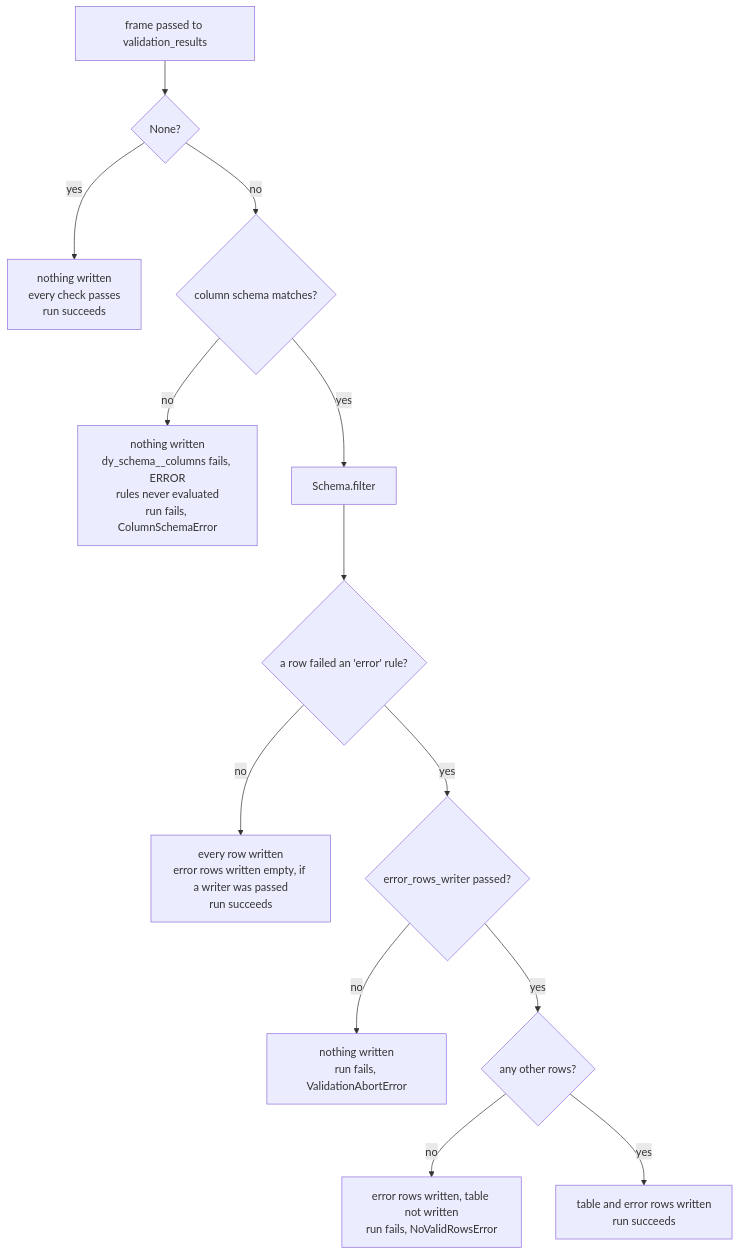
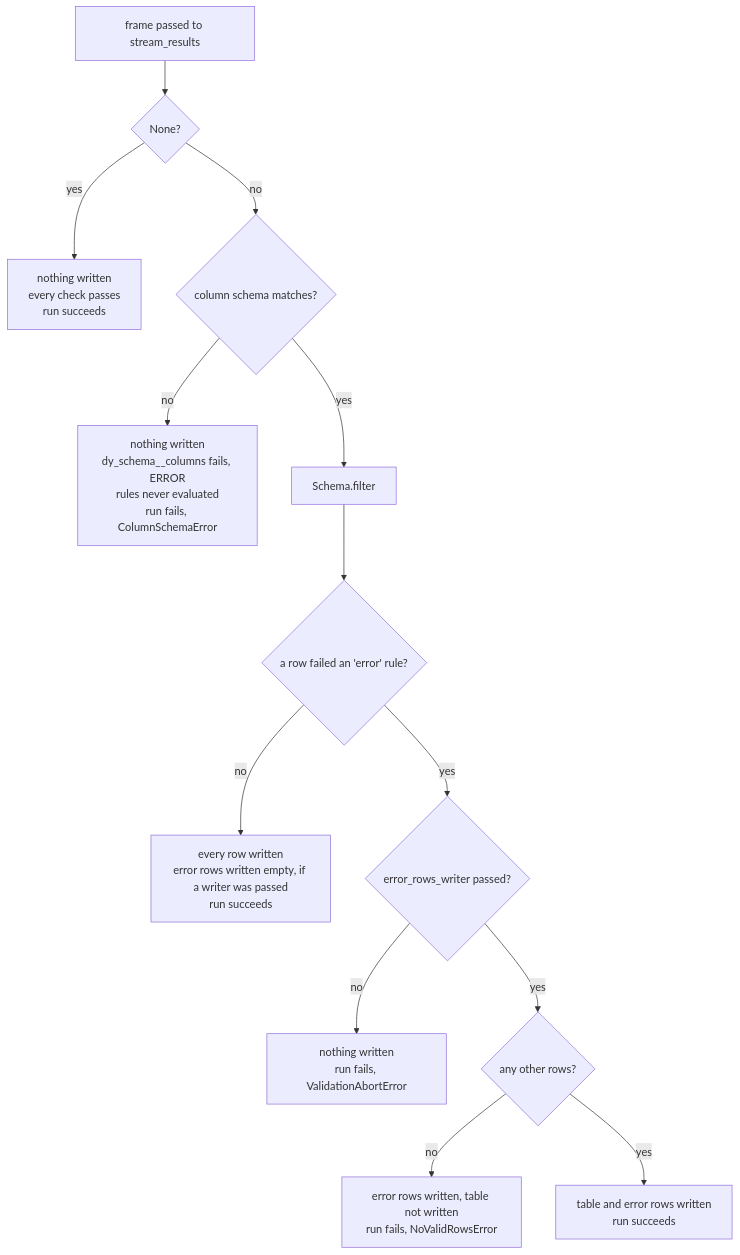
One commit to ozanozbeker/dagster-dataframely changed the first of 2 diagrams in user_guide/hand-wiring.qmd. Above: the diagram before and after it, drawn with Mermaid. The commit also changed other lines of this file and 55 other files, not shown here.

````diff
--- a/user_guide/hand-wiring.qmd
+++ b/user_guide/hand-wiring.qmd
@@ -80,16 +80,16 @@
 ```{mermaid}
-%%| label: hand-wiring-outcomes
+%%| label: hand-wiring-runs
 flowchart TD
-    F["frame passed to validation_results"] --> N{"None?"}
+    F["frame passed to stream_results"] --> N{"None?"}
     N -- yes --> SKIP["nothing written<br/>every check passes<br/>run succeeds"]
     N -- no --> CS{"column schema matches?"}
     CS -- no --> DRIFT["nothing written<br/>dy_schema__columns fails, ERROR<br/>rules never evaluated<br/>run fails, ColumnSchemaError"]
     CS -- yes --> FILTER["Schema.filter"]
     FILTER --> ANY{"a row failed an 'error' rule?"}
     ANY -- no --> CLEAN["every row written<br/>error rows written empty, if a writer was passed<br/>run succeeds"]
     ANY -- yes --> Q{"error_rows_writer passed?"}
     Q -- no --> ABORT["nothing written<br/>run fails, ValidationAbortError"]
     Q -- yes --> SURV{"any other rows?"}
     SURV -- no --> NONE["error rows written, table not written<br/>run fails, NoValidRowsError"]
     SURV -- yes --> PARTIAL["table and error rows written<br/>run succeeds"]
 ```
````
